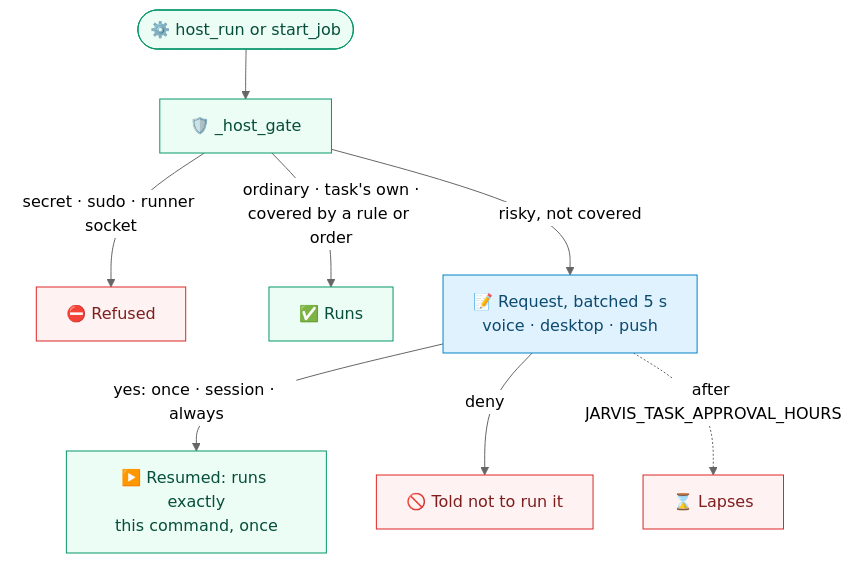
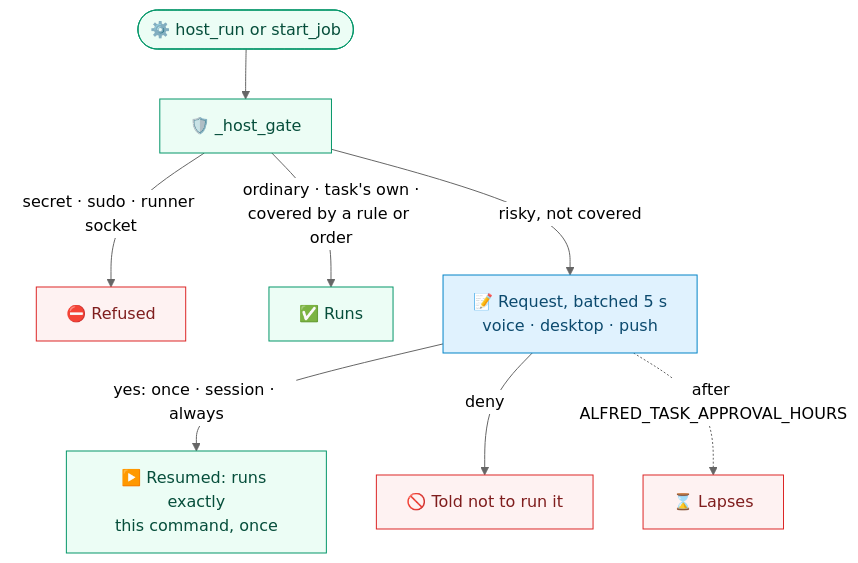
The fifth of 5 diagrams in docs/architecture.md (anilkumarmeena/alfred), drawn with Mermaid (neutral theme) before and after one commit. The commit also changed other lines of this file and 650 other files, not shown here.

First line of the commit message:
rename JARVIS to Alfred; the assistant goes by any name the user gives it

````diff
--- a/docs/architecture.md
+++ b/docs/architecture.md
@@ -549,17 +549,17 @@
 ```mermaid
 flowchart TB
     C(["⚙️ host_run or start_job"]) --> G["🛡️ _host_gate"]
     G -->|"secret · sudo · runner socket"| X["⛔ Refused"]
     G -->|"ordinary · task's own ·<br/>covered by a rule or order"| Run["✅ Runs"]
     G -->|"risky, not covered"| Req["📝 Request, batched 5 s<br/>voice · desktop · push"]
     Req -->|"yes: once · session · always"| Res["▶️ Resumed: runs exactly<br/>this command, once"]
     Req -->|deny| D["🚫 Told not to run it"]
-    Req -.->|"after JARVIS_TASK_APPROVAL_HOURS"| Lapse["⌛ Lapses"]
+    Req -.->|"after ALFRED_TASK_APPROVAL_HOURS"| Lapse["⌛ Lapses"]
 
     classDef you fill:#e0f2fe,stroke:#0284c7,color:#0c4a6e
     classDef mac fill:#ecfdf5,stroke:#059669,color:#064e3b
     classDef warn fill:#fef2f2,stroke:#dc2626,color:#7f1d1d
     class C,G,Run,Res mac
     class Req you
     class X,D,Lapse warn
 ```
````
